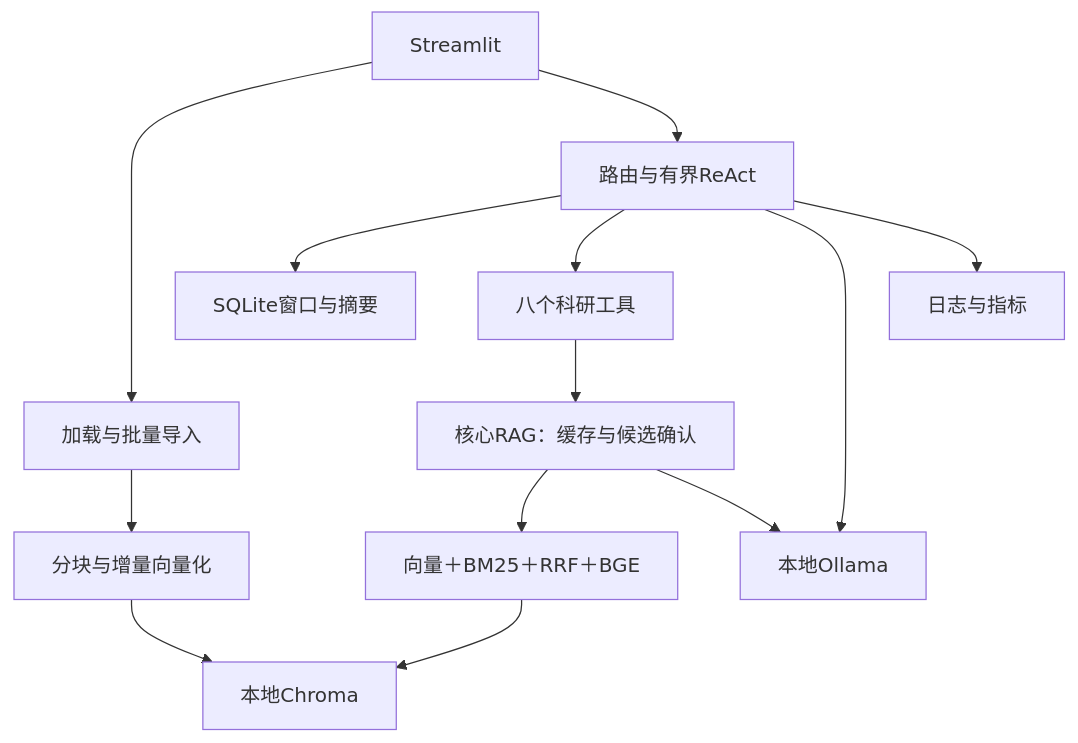
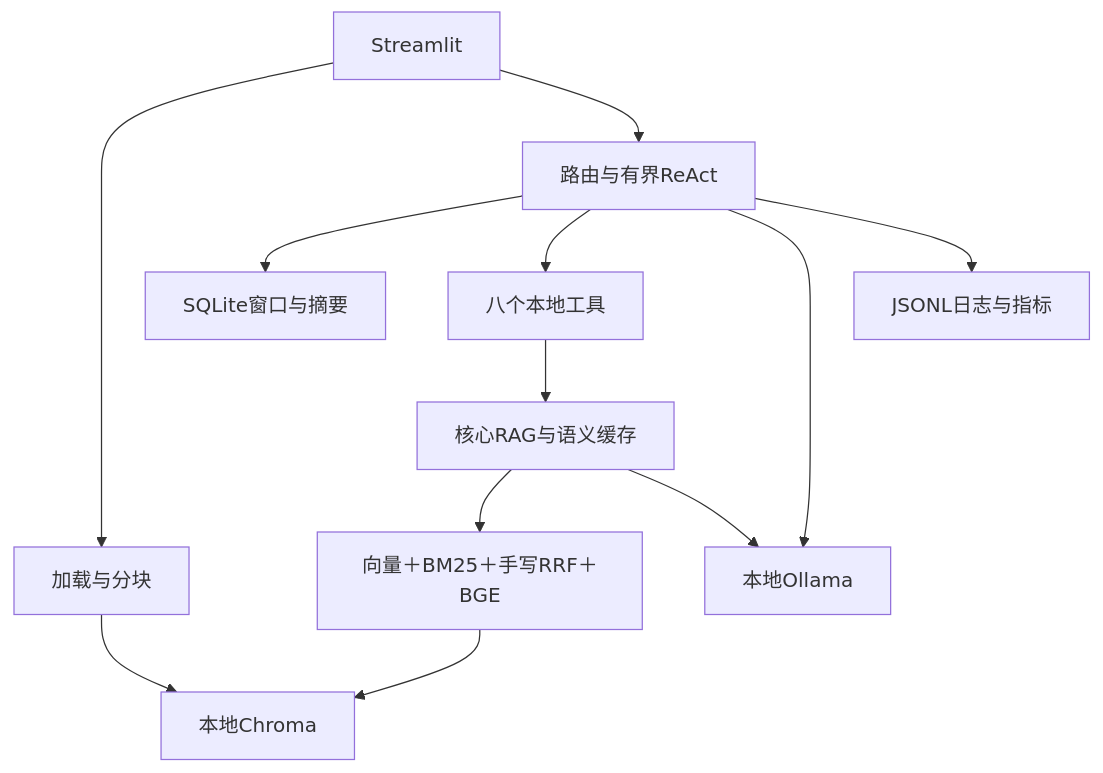
The diagram in docs/技术设计文档.md (Reanf1/RAG-Agent), drawn with Mermaid before and after one commit. The commit also changed other lines of this file and 94 other files, not shown here.

````diff
--- a/docs/技术设计文档.md
+++ b/docs/技术设计文档.md
@@ -114,15 +7,14 @@
 ```mermaid
 flowchart TB
-    UI[Streamlit] --> Import[加载与批量导入]
-    Import --> Chunk[分块与增量向量化]
-    Chunk --> Store[本地Chroma]
+    UI[Streamlit] --> Import[加载与分块]
+    Import --> Store[本地Chroma]
     UI --> Agent[路由与有界ReAct]
     Agent --> Memory[SQLite窗口与摘要]
-    Agent --> Tools[八个科研工具]
-    Tools --> RAG[核心RAG：缓存与候选确认]
-    RAG --> Search[向量＋BM25＋RRF＋BGE]
+    Agent --> Tools[八个本地工具]
+    Tools --> RAG[核心RAG与语义缓存]
+    RAG --> Search[向量＋BM25＋手写RRF＋BGE]
     Search --> Store
     RAG --> LLM[本地Ollama]
     Agent --> LLM
-    Agent --> Log[日志与指标]
+    Agent --> Log[JSONL日志与指标]
 ```
````
